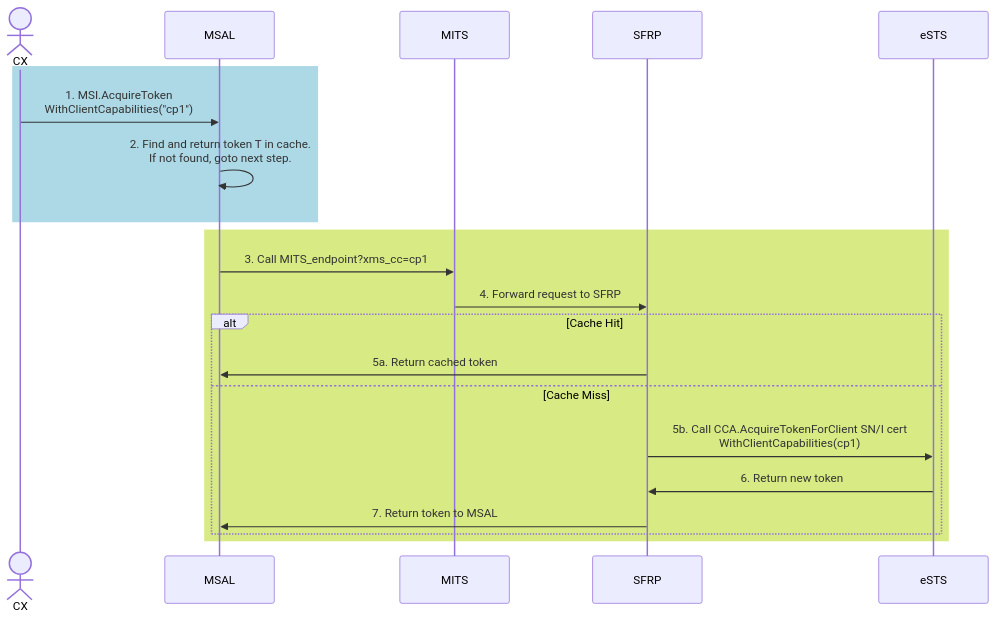
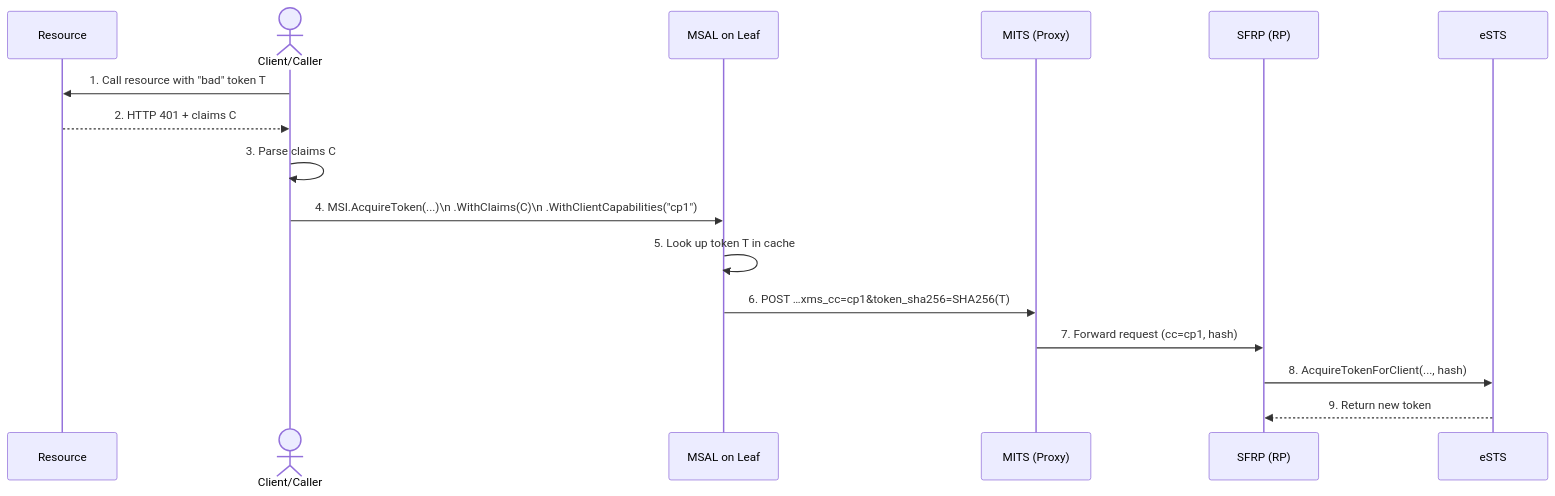
The second of 2 diagrams in docs/msiv1_token_revocation.md (AzureAD/microsoft-authentication-library-for-dotnet), drawn with Mermaid before and after one commit. The commit also changed other lines of this file, not shown here.

````diff
--- a/docs/msiv1_token_revocation.md
+++ b/docs/msiv1_token_revocation.md
@@ -70,24 +68,20 @@
 ```mermaid
 sequenceDiagram
-    actor CX
-    participant MSAL
-    participant MITS
-    participant SFRP        
+    participant Resource
+    actor CX as Client/Caller
+    participant MSAL as MSAL on Leaf
+    participant MITS as MITS (Proxy)
+    participant SFRP as SFRP (RP)
     participant eSTS
 
-rect rgb(173, 216, 230)   
-    CX->>MSAL: 1. MSI.AcquireToken <br/> WithClientCapabilities("cp1")
-    MSAL->>MSAL: 2. Find and return token T in cache. <br/>If not found, goto next step.
-end
-rect rgb(215, 234, 132)    
-    MSAL->>MITS: 3. Call MITS_endpoint?xms_cc=cp1
-    MITS->>SFRP: 4. Forward request to SFRP
-    alt Cache Hit
-        SFRP->>MSAL: 5a. Return cached token
-    else Cache Miss
-        SFRP->>eSTS: 5b. Call CCA.AcquireTokenForClient SN/I cert <br/> WithClientCapabilities(cp1)
-        eSTS->>SFRP: 6. Return new token
-        SFRP->>MSAL: 7. Return token to MSAL
-    end
-end
+    CX->>Resource: 1. Call resource with "bad" token T
+    Resource-->>CX: 2. HTTP 401 + claims C
+    CX->>CX: 3. Parse claims C
+    CX->>MSAL: 4. MSI.AcquireToken(...)\n   .WithClaims(C)\n   .WithClientCapabilities("cp1")
+
+    MSAL->>MSAL: 5. Look up token T in cache
+    MSAL->>MITS: 6. POST …xms_cc=cp1&token_sha256=SHA256(T)
+    MITS->>SFRP: 7. Forward request (cc=cp1, hash)
+    SFRP->>eSTS: 8. AcquireTokenForClient(..., hash)
+    eSTS-->>SFRP: 9. Return new token
 ```
````
